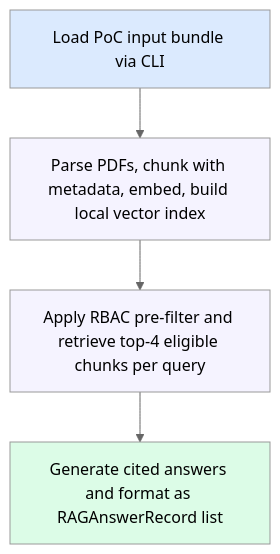
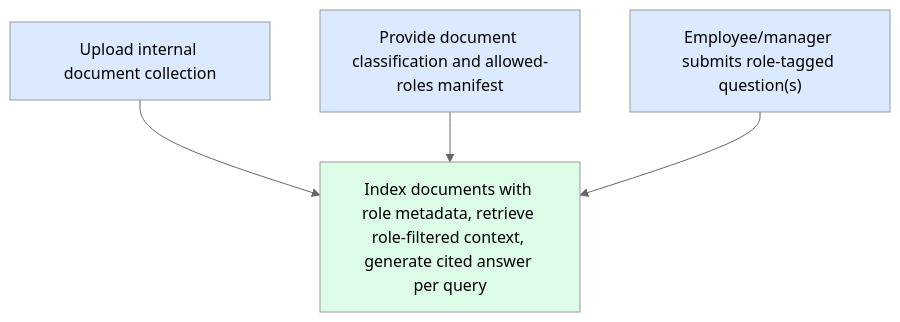
Before and after one commit to GAIK-project/gaik-toolkit: the diagram in evaluation_layer/eval_methods/Solution wizard evaluation/use cases/UC03_document_rag_evaluation/runs/run_01/generated_package/workflow.mmd, drawn with Mermaid (neutral theme). The commit also changed 183 other files, not shown here.

```diff
--- a/evaluation_layer/eval_methods/Solution wizard evaluation/use cases/UC03_document_rag_evaluation/runs/run_01/generated_package/workflow.mmd
+++ b/evaluation_layer/eval_methods/Solution wizard evaluation/use cases/UC03_document_rag_evaluation/runs/run_01/generated_package/workflow.mmd
@@ -1,13 +1,13 @@
 flowchart TD
-    load_input["Load PoC input bundle via CLI"]
-    ingest_and_index["Parse PDFs, chunk with metadata, embed, build local vector index"]
-    apply_rbac_and_retrieve["Apply RBAC pre-filter and retrieve top-4 eligible chunks per query"]
-    generate_answers["Generate cited answers and format as RAGAnswerRecord list"]
-    load_input --> ingest_and_index
-    ingest_and_index --> apply_rbac_and_retrieve
-    apply_rbac_and_retrieve --> generate_answers
+    upload_documents["Upload internal document collection"]
+    provide_access_manifest["Provide document classification and allowed-roles manifest"]
+    submit_queries["Employee/manager submits role-tagged question(s)"]
+    generate_role_aware_answers["Index documents with role metadata, retrieve role-filtered context, generate cited answer per query"]
+    upload_documents --> generate_role_aware_answers
+    provide_access_manifest --> generate_role_aware_answers
+    submit_queries --> generate_role_aware_answers
 
-    style load_input fill:#dbeafe
-    style ingest_and_index fill:#f5f3ff
-    style apply_rbac_and_retrieve fill:#f5f3ff
-    style generate_answers fill:#dcfce7
+    style upload_documents fill:#dbeafe
+    style provide_access_manifest fill:#dbeafe
+    style submit_queries fill:#dbeafe
+    style generate_role_aware_answers fill:#dcfce7
```
